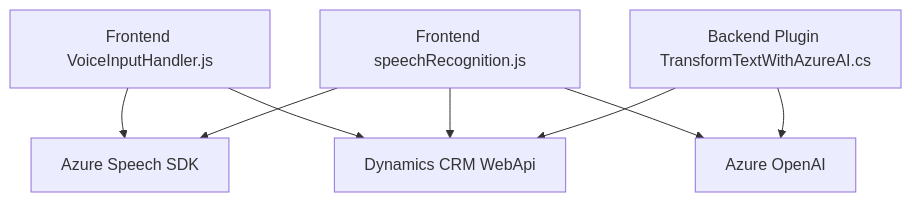
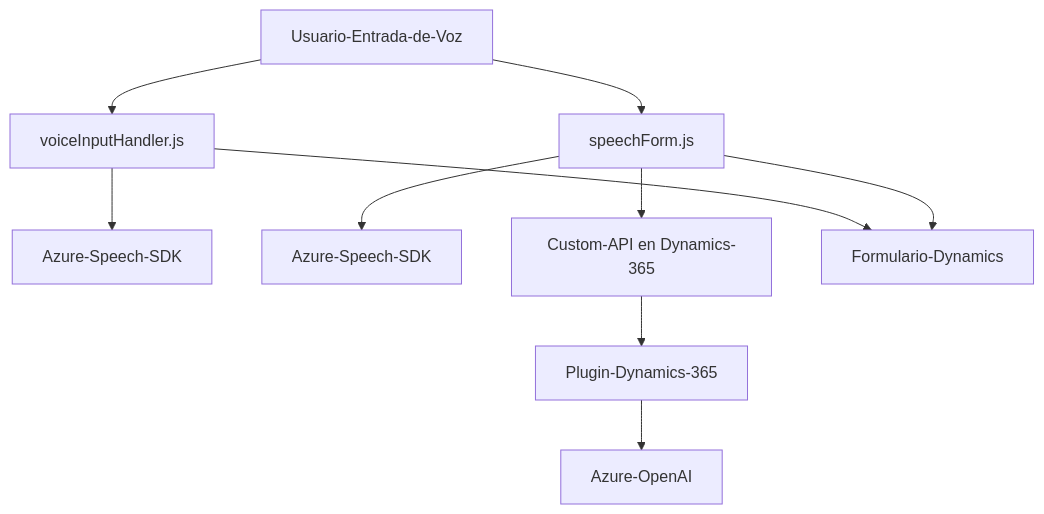
The diagram in README.md (blopezdm/NETCORE_BILBAO2025), drawn with Mermaid before and after one commit. The commit also changed other lines of this file, not shown here.

````diff
--- a/README.md
+++ b/README.md
@@ -42,17 +41,14 @@
 ```mermaid
 graph TD
-    A["Frontend VoiceInputHandler.js"]
-    B["Frontend speechRecognition.js"]
-    C["Backend Plugin TransformTextWithAzureAI.cs"]
-    D["Azure Speech SDK"]
-    E["Azure OpenAI"]
-    F["Dynamics CRM WebApi"]
+    UE["Usuario-Entrada-de-Voz"] --> JS1["voiceInputHandler.js"]
+    UE --> JS2["speechForm.js"]
+    JS1 --> Azure1["Azure-Speech-SDK"]
+    JS2 --> Azure2["Azure-Speech-SDK"]
+    JS2 --> API1["Custom-API en Dynamics-365"]
 
-    A --> D
-    A --> F
-    B --> D
-    B --> E
-    B --> F
-    C --> E
-    C --> F
+    JS1 --> F["Formulario-Dynamics"]
+    JS2 --> F
+
+    API1 --> BE1["Plugin-Dynamics-365"]
+    BE1 --> Azure3["Azure-OpenAI"]
 ```
````
